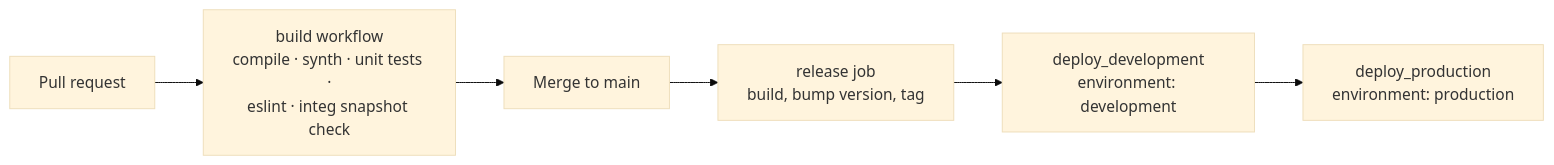
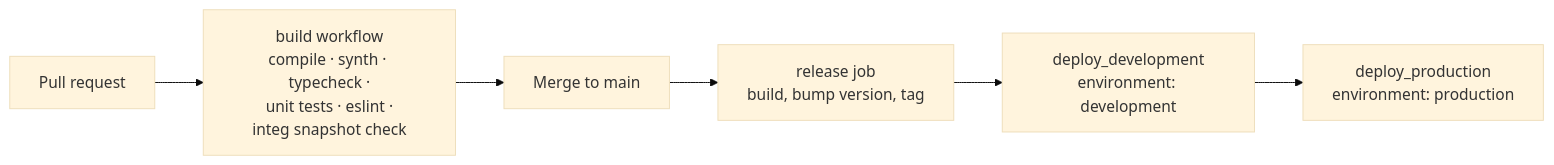
Before and after one commit to daveshepherd/river-levels: the fourth of 4 diagrams in docs/infrastructure.md, drawn with Mermaid (base theme). The commit also changed 4 other files, not shown here.

First line of the commit message:
chore: type-check source and tests before running jest (#534)

````diff
--- a/docs/infrastructure.md
+++ b/docs/infrastructure.md
@@ -135,8 +135,8 @@
 ```mermaid
 flowchart LR
-  pr["Pull request"] --> build["build workflow<br/>compile · synth · unit tests ·<br/>eslint · integ snapshot check"]
+  pr["Pull request"] --> build["build workflow<br/>compile · synth · typecheck ·<br/>unit tests · eslint ·<br/>integ snapshot check"]
   build --> merge["Merge to main"]
   merge --> release["release job<br/>build, bump version, tag"]
   release --> dev["deploy_development<br/>environment: development"]
   dev --> prod["deploy_production<br/>environment: production"]
 ```
````
